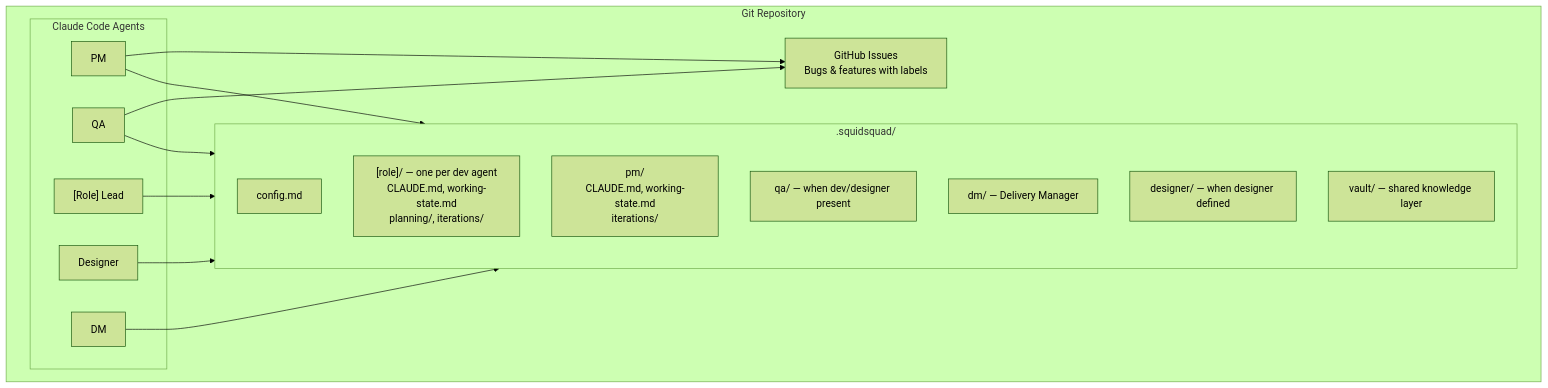
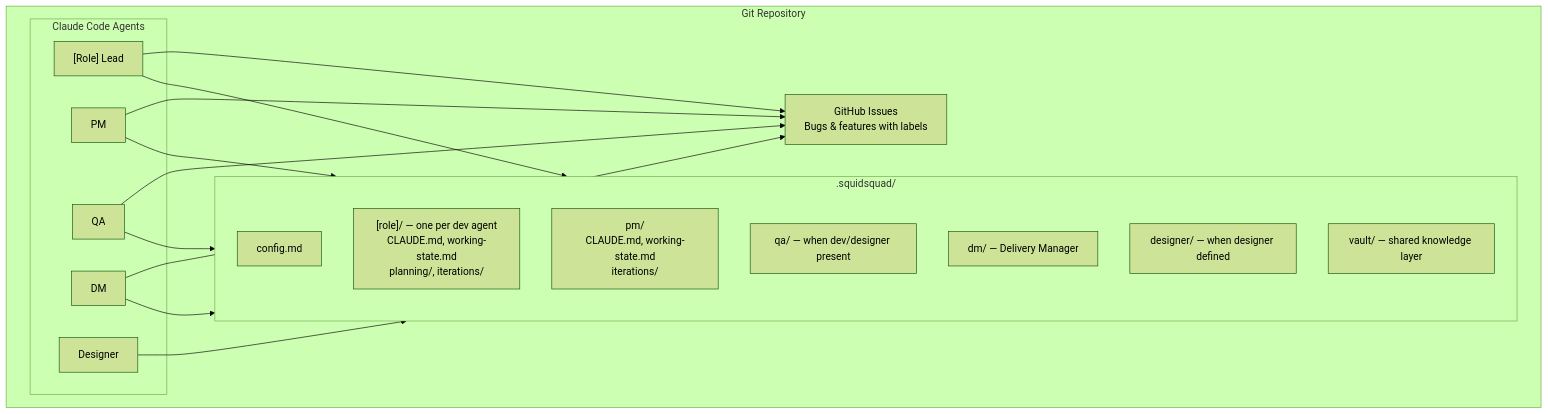
The diagram in SKILL.md (WallyDoodlez/SquidSquad), drawn with Mermaid (forest theme) before and after one commit. The commit also changed other lines of this file and 1 other file, not shown here.

````diff
--- a/SKILL.md
+++ b/SKILL.md
@@ -18,32 +18,34 @@
 ```mermaid
 graph TD
     subgraph repo["Git Repository"]
         subgraph agents["Claude Code Agents"]
             RL["[Role] Lead"]
             DE["Designer"]
             QA["QA"]
             PM["PM"]
             DM["DM"]
         end
 
         subgraph squid[".squidsquad/"]
             config["config.md"]
             role_dir["[role]/ — one per dev agent\nCLAUDE.md, working-state.md\nplanning/, iterations/"]
             pm_dir["pm/\nCLAUDE.md, working-state.md\niterations/"]
             qa_dir["qa/ — when dev/designer present"]
             dm_dir["dm/ — Delivery Manager"]
             designer_dir["designer/ — when designer defined"]
             vault["vault/ — shared knowledge layer"]
         end
 
         GH["GitHub Issues\nBugs & features with labels"]
     end
 
     RL --> squid
     DE --> squid
     QA --> squid
     PM --> squid
     DM --> squid
+    RL --> GH
     PM --> GH
     QA --> GH
+    DM --> GH
 ```
````
